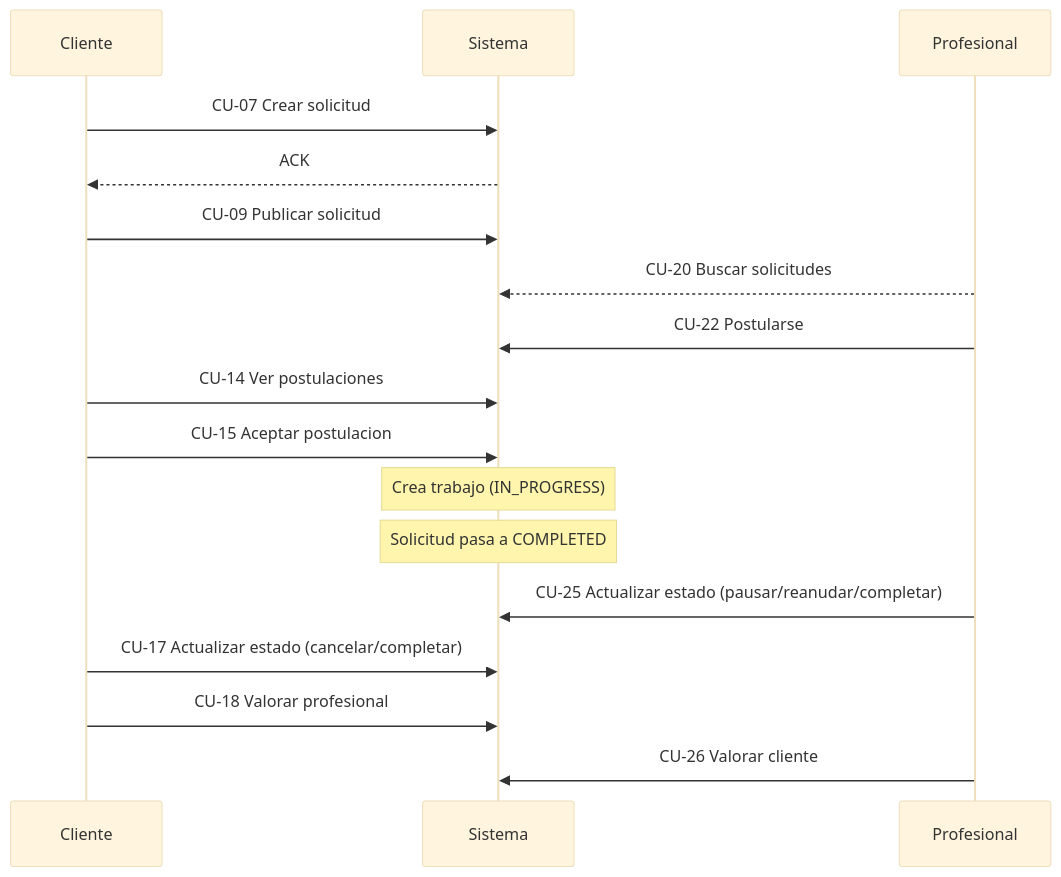
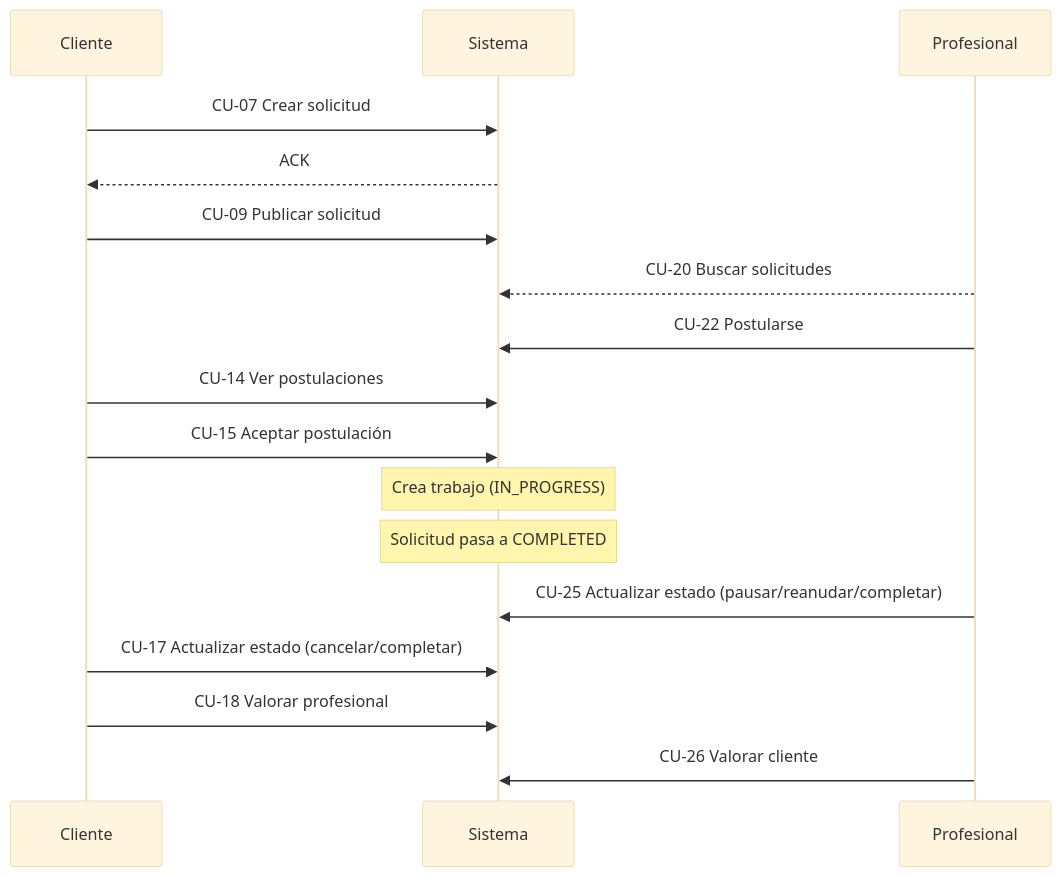
One commit to FerCueA/Duit changed the sixth of 6 diagrams in documentacion/DAW_PRW_R1L2_UT01.2. Diagrama de casos de uso.md. Above: the diagram before and after it, drawn with Mermaid (base theme). The commit also changed other lines of this file and 6 other files, not shown here.

````diff
--- a/documentacion/DAW_PRW_R1L2_UT01.2. Diagrama de casos de uso.md
+++ b/documentacion/DAW_PRW_R1L2_UT01.2. Diagrama de casos de uso.md
@@ -328,20 +330,20 @@
 ```mermaid
 sequenceDiagram
   participant Cliente
   participant Sistema
   participant Profesional
 
   Cliente->>Sistema: CU-07 Crear solicitud
   Sistema-->>Cliente: ACK
   Cliente->>Sistema: CU-09 Publicar solicitud
   Profesional-->>Sistema: CU-20 Buscar solicitudes
   Profesional->>Sistema: CU-22 Postularse
   Cliente->>Sistema: CU-14 Ver postulaciones
-  Cliente->>Sistema: CU-15 Aceptar postulacion
+  Cliente->>Sistema: CU-15 Aceptar postulación
   Note over Sistema: Crea trabajo (IN_PROGRESS)
   Note over Sistema: Solicitud pasa a COMPLETED
   Profesional->>Sistema: CU-25 Actualizar estado (pausar/reanudar/completar)
   Cliente->>Sistema: CU-17 Actualizar estado (cancelar/completar)
   Cliente->>Sistema: CU-18 Valorar profesional
   Profesional->>Sistema: CU-26 Valorar cliente
 ```
````
